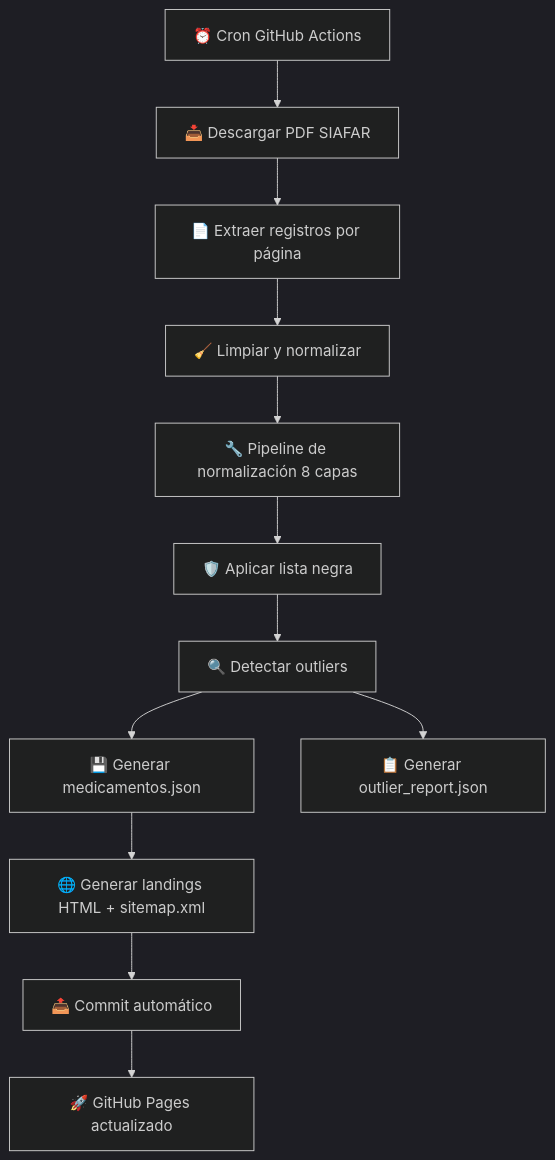
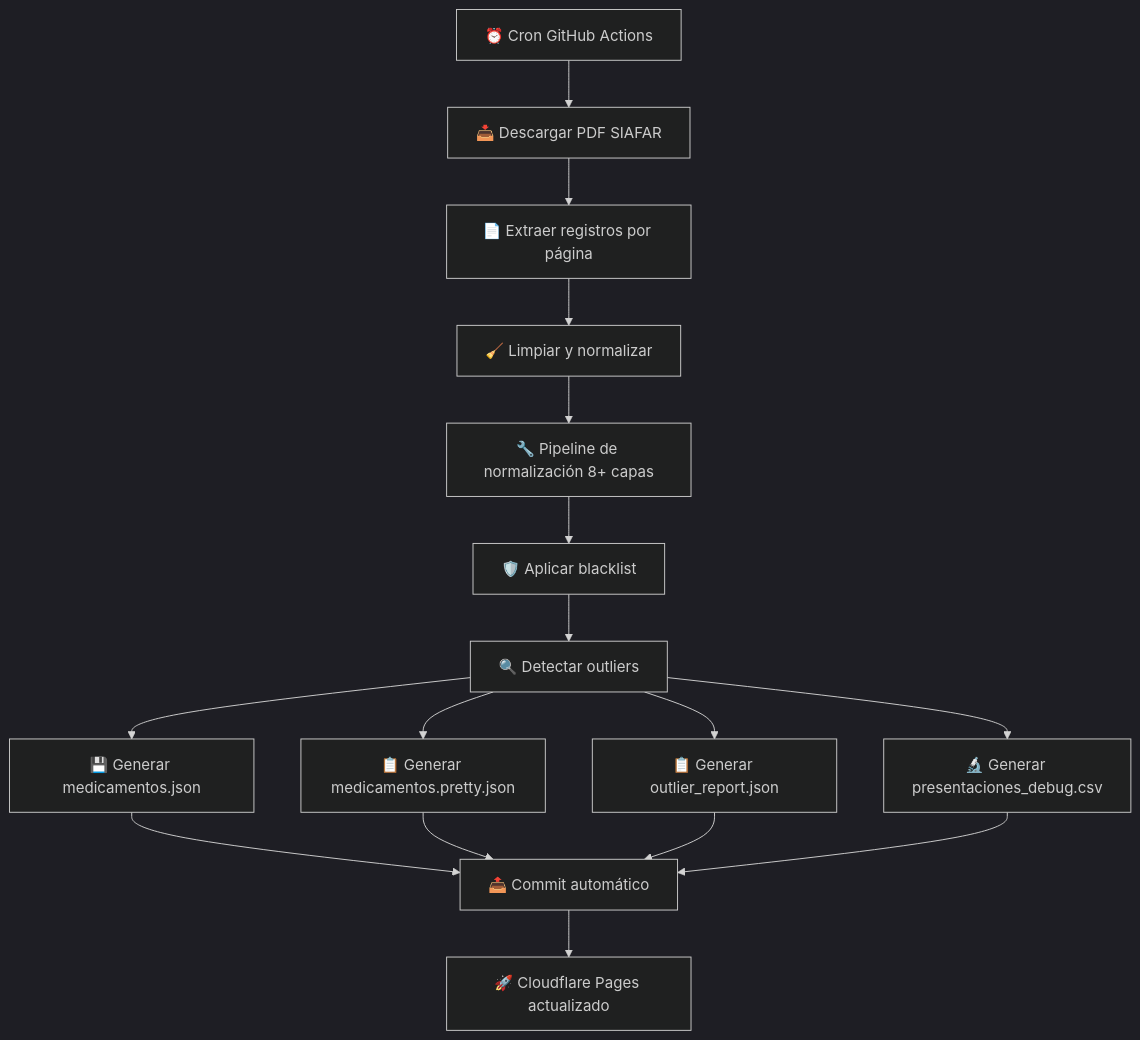
One commit to psbella/remediar changed the second of 9 diagrams in README.md. Above: the diagram before and after it, drawn with Mermaid (dark theme). The commit also changed other lines of this file, not shown here.

````diff
--- a/README.md
+++ b/README.md
@@ -282,28 +276,33 @@
 ```mermaid
 flowchart TD
 
     A[⏰ Cron GitHub Actions]
     B[📥 Descargar PDF SIAFAR]
     C[📄 Extraer registros por página]
     D[🧹 Limpiar y normalizar]
-    N1[🔧 Pipeline de normalización 8 capas]
-    BL[🛡️ Aplicar lista negra]
+    N1[🔧 Pipeline de normalización 8+ capas]
+    BL[🛡️ Aplicar blacklist]
     E[🔍 Detectar outliers]
     F[💾 Generar medicamentos.json]
+    FP[📋 Generar medicamentos.pretty.json]
     R[📋 Generar outlier_report.json]
-    G[🌐 Generar landings HTML + sitemap.xml]
+    CSV[🔬 Generar presentaciones_debug.csv]
     H[📤 Commit automático]
-    I[🚀 GitHub Pages actualizado]
+    I[🚀 Cloudflare Pages actualizado]
 
     A --> B
     B --> C
     C --> D
     D --> N1
     N1 --> BL
     BL --> E
     E --> F
+    E --> FP
     E --> R
-    F --> G
-    G --> H
+    E --> CSV
+    F --> H
+    FP --> H
+    R --> H
+    CSV --> H
     H --> I
 ```
````
